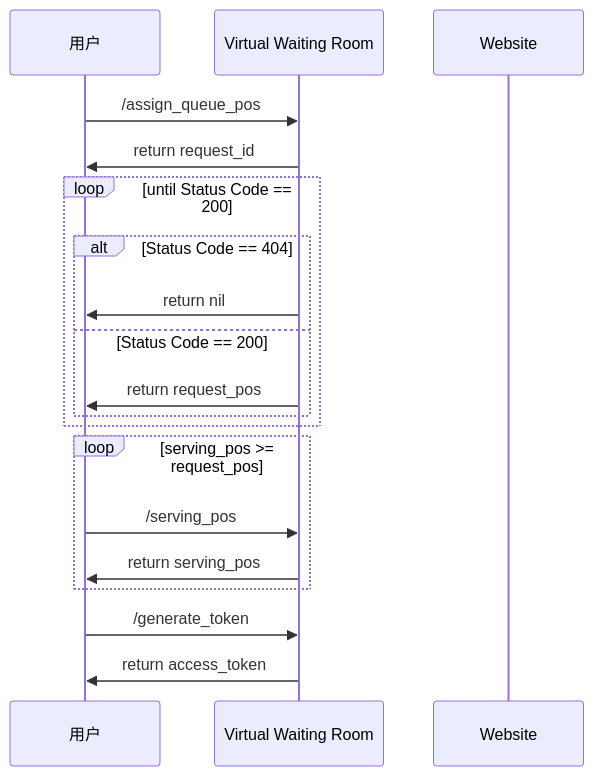
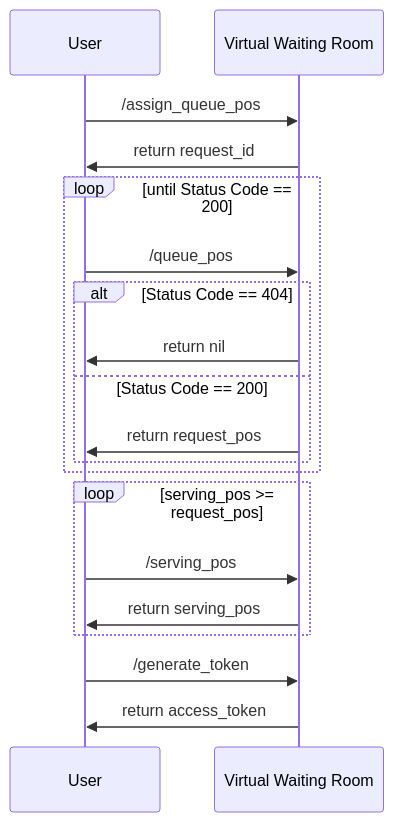
The diagram in README.md (Mon-L/virtual-waiting-room), drawn with Mermaid before and after one commit. The commit also changed other lines of this file, not shown here.

````diff
--- a/README.md
+++ b/README.md
@@ -14,26 +14,26 @@
 ```mermaid
 sequenceDiagram
 
-  participant user as 用户
+  participant user as User
   participant room as Virtual Waiting Room
-  participant web as Website
   
   user ->> room: /assign_queue_pos
   room ->> user: return request_id
   
   loop until Status Code == 200
+  user ->> room: /queue_pos
   alt Status Code == 404
   room ->> user: return nil
   else Status Code == 200
   room ->> user: return request_pos
   end
   end
   
   loop serving_pos >= request_pos
   user ->> room: /serving_pos
   room ->> user: return serving_pos
   end
   
   user ->> room: /generate_token
   room ->> user: return access_token
 ```
````
